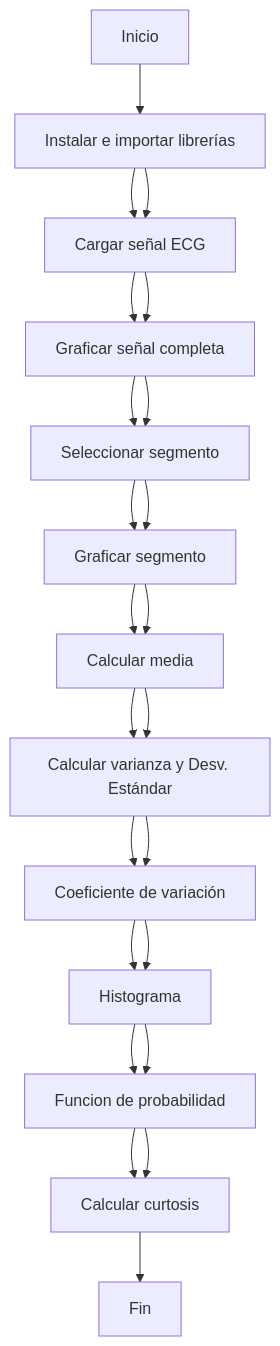
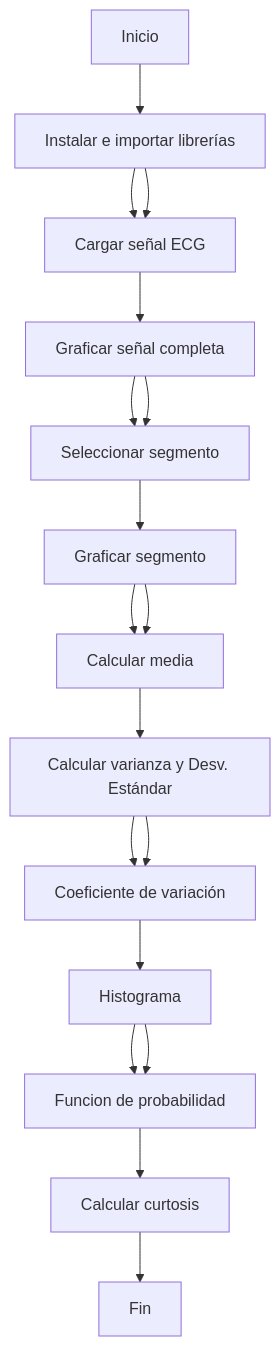
Before and after one commit to LauraDaniela09/Laboratorio-1--estadistica: the diagram in README.md, drawn with Mermaid.

````diff
--- a/README.md
+++ b/README.md
@@ -7,27 +7,21 @@
 ```mermaid
 flowchart TB
     A[Inicio] --> B[Instalar e importar librerías]
     B --> C[Cargar señal ECG]
     C --> D[Graficar señal completa]
     D --> E[Seleccionar segmento]
     E --> F[Graficar segmento]
     F --> G[Calcular media]
     G --> H[Calcular varianza y Desv. Estándar]
     H --> I[Coeficiente de variación]
     I --> J[Histograma]
     J --> K[Funcion de probabilidad]
     K --> L[Calcular curtosis]
     L --> M[Fin]
-%% Forzar saltos de línea visuales (posición)
+  %% Posicionamiento para hacer zigzag visual
     B --> C
-    D --> E
-    F --> G
-    H --> I
-    J --> K
-%% Añadir saltos visuales para hacer zigzag
-    C -->| | D
-    E -->| | F
-    G -->| | H
-    I -->| | J
-    K -->| | L
+    D -->| | E
+    F -->| | G
+    H -->| | I
+    J -->| | K
 ```
````
